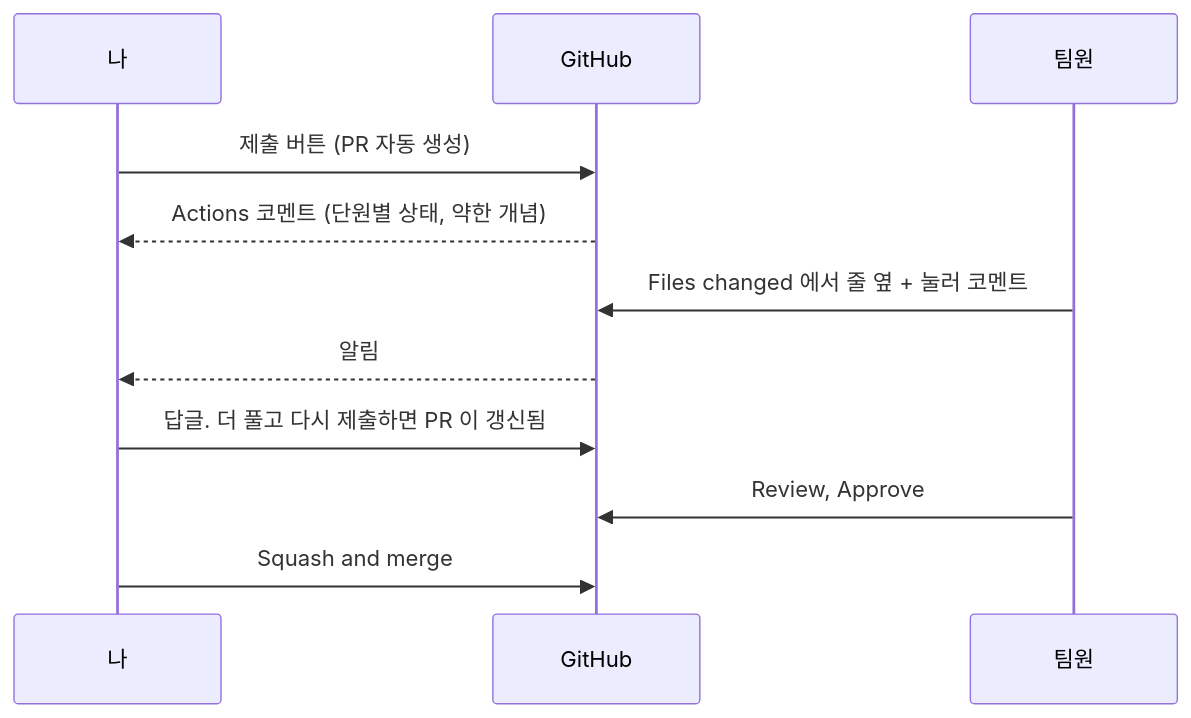
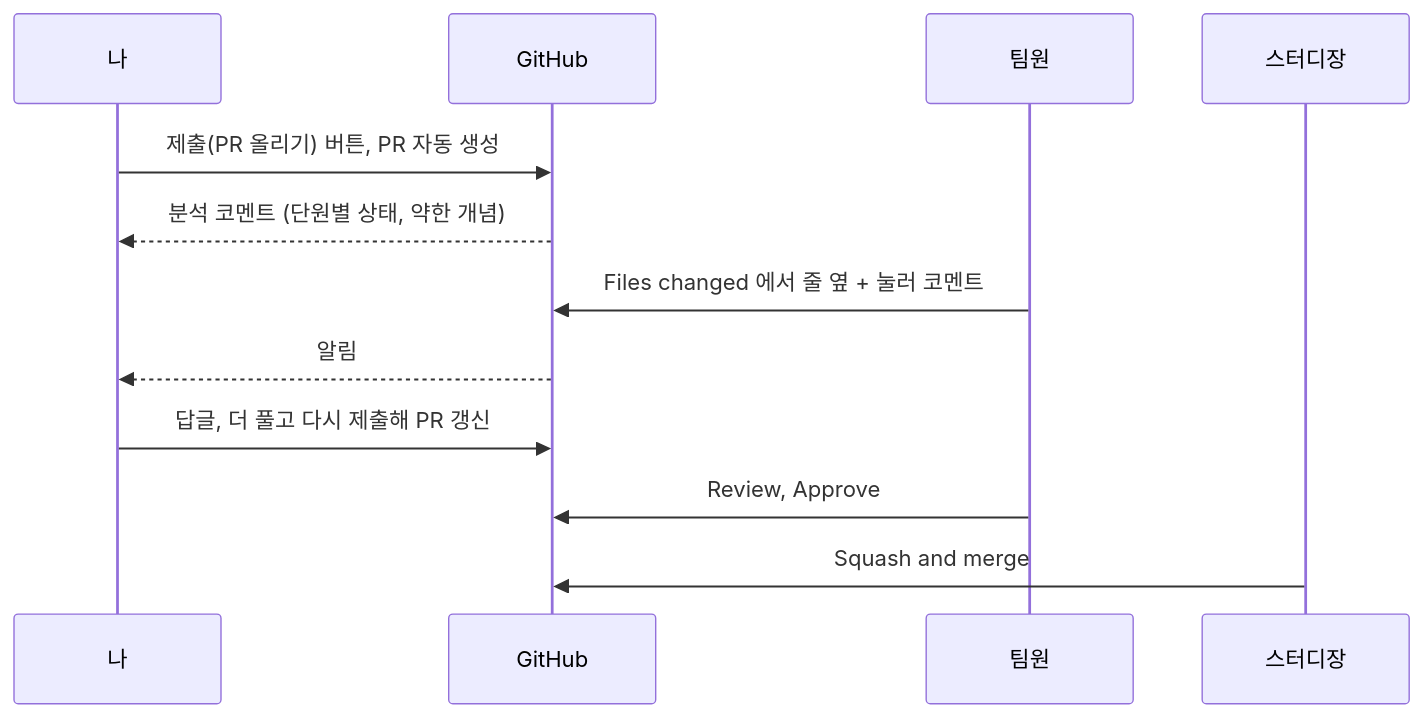
One commit to WaterMinCho/rokey-python-study changed the second of 2 diagrams in docs/GIT_GUIDE.md. Above: the diagram before and after it, drawn with Mermaid. The commit also changed other lines of this file and 5 other files, not shown here.

````diff
--- a/docs/GIT_GUIDE.md
+++ b/docs/GIT_GUIDE.md
@@ -64,13 +63,14 @@
 ```mermaid
 sequenceDiagram
     participant 나
     participant GitHub
     participant 팀원
-    나->>GitHub: 제출 버튼 (PR 자동 생성)
-    GitHub-->>나: Actions 코멘트 (단원별 상태, 약한 개념)
+    participant 스터디장
+    나->>GitHub: 제출(PR 올리기) 버튼, PR 자동 생성
+    GitHub-->>나: 분석 코멘트 (단원별 상태, 약한 개념)
     팀원->>GitHub: Files changed 에서 줄 옆 + 눌러 코멘트
     GitHub-->>나: 알림
-    나->>GitHub: 답글. 더 풀고 다시 제출하면 PR 이 갱신됨
+    나->>GitHub: 답글, 더 풀고 다시 제출해 PR 갱신
     팀원->>GitHub: Review, Approve
-    나->>GitHub: Squash and merge
+    스터디장->>GitHub: Squash and merge
 ```
````
